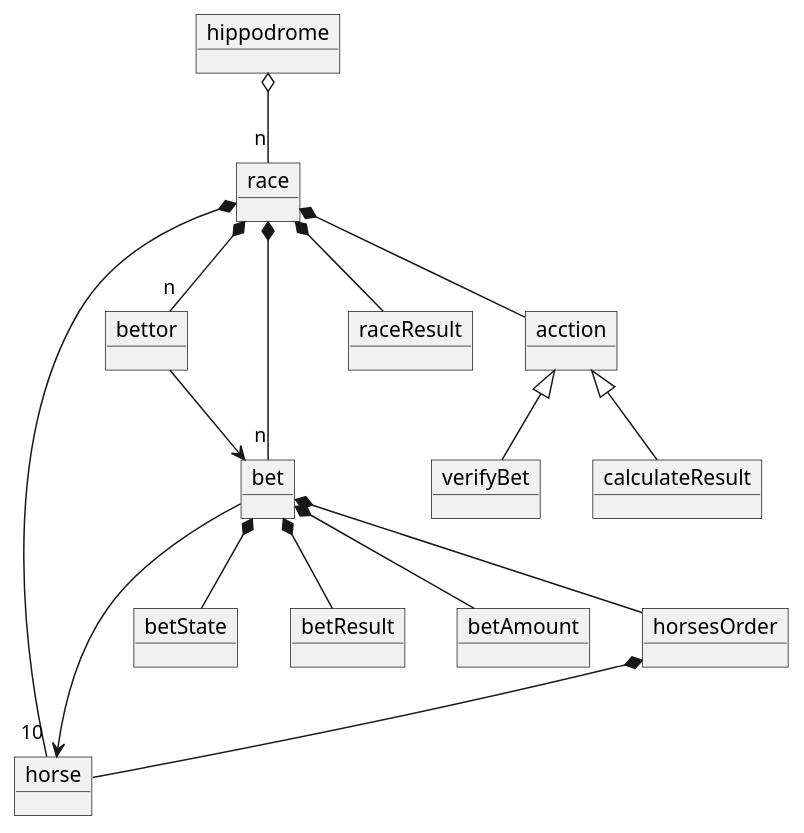
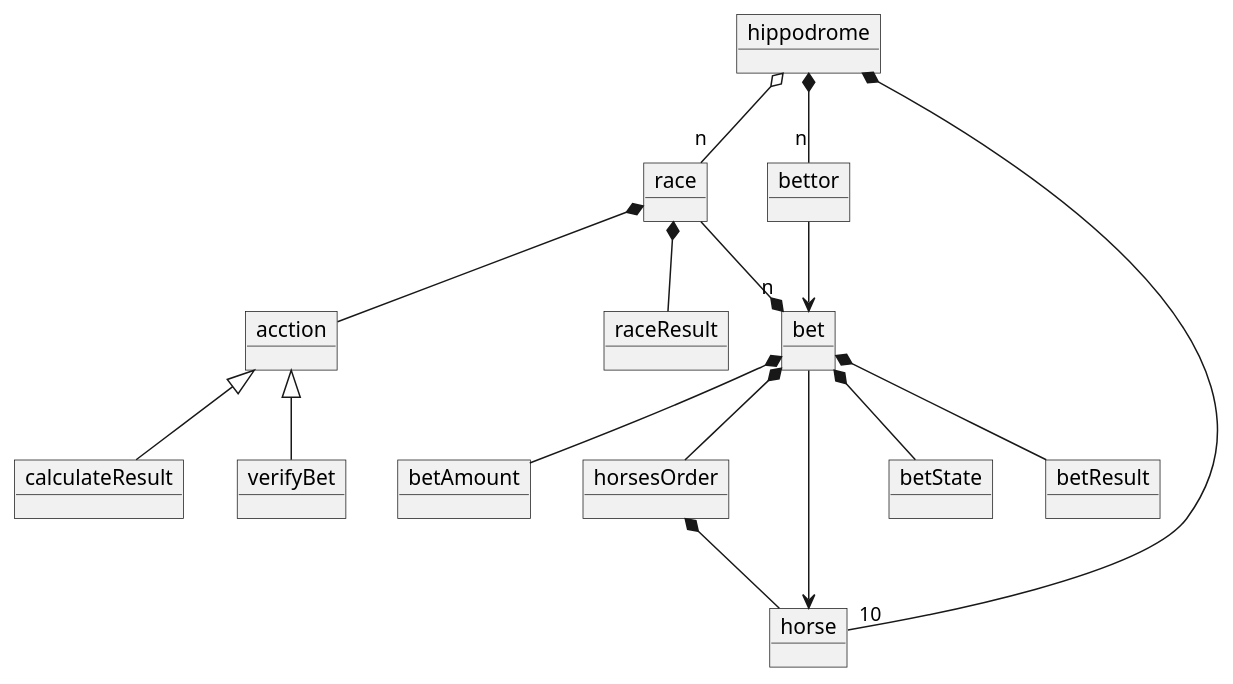
One commit to Gabs16TL/ApuestasHipodromo changed the diagram in DomainDiagram/DomainDiagram.wsd. Above: the diagram before and after it, drawn with PlantUML. The commit also changed 4 other files, not shown here.

Commit message:
Se refactorizaron los archivos modelos de dominio y el modelo logico, ademas se añadieron las imagenes de todos los diagramas

```diff
--- a/DomainDiagram/DomainDiagram.wsd
+++ b/DomainDiagram/DomainDiagram.wsd
@@ -1,38 +1,38 @@
 @startuml
 object hippodrome
 object race
 object horse
 object bettor
 object bet
 object betState
 object raceResult
 object betResult
 object betAmount
 object horsesOrder
 object verifyBet
 object calculateResult
 object acction
 
 hippodrome o-- "n"race
-race *-- "10"horse
-race *-- "n"bettor
-race*-- "n"bet
+hippodrome *-- "10"horse
+hippodrome *-- "n"bettor
+race --*"n"bet
 
 bet *-- betState
 bet *-- betAmount
 bet *-- horsesOrder
 
 race *-- acction
 
 race *-- raceResult
 bet *-- betResult
 
 acction <|--verifyBet
 acction <|--calculateResult
 
 bettor --> bet
 
 bet--> horse
 
 horsesOrder *-- horse
 @enduml
```
